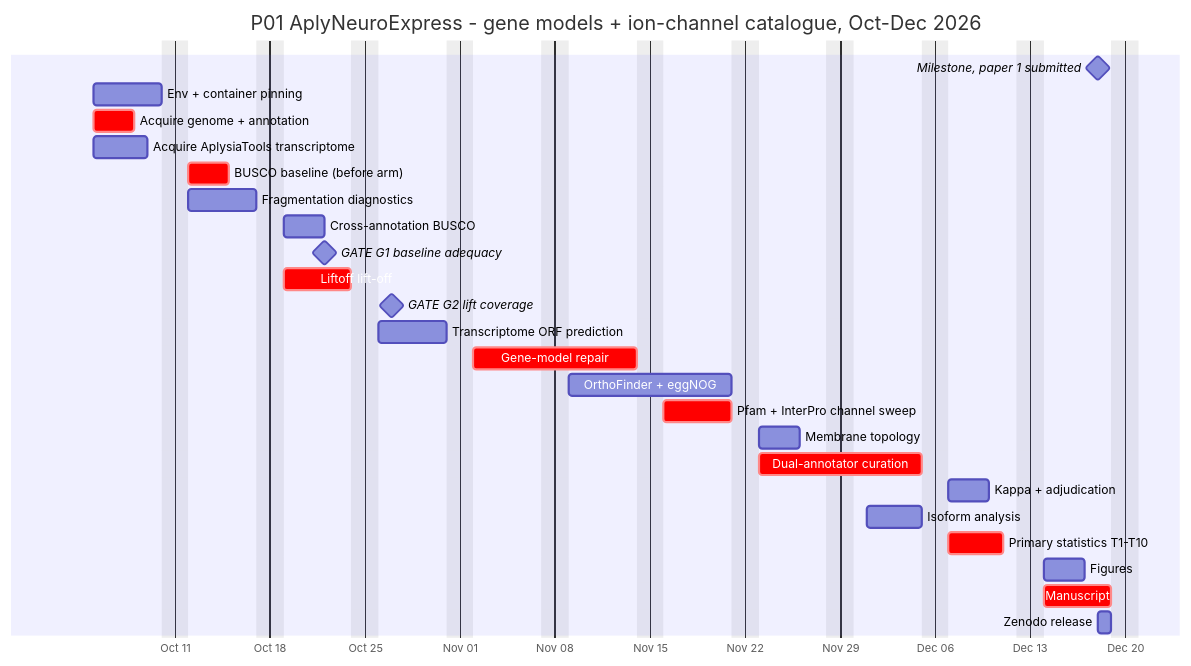
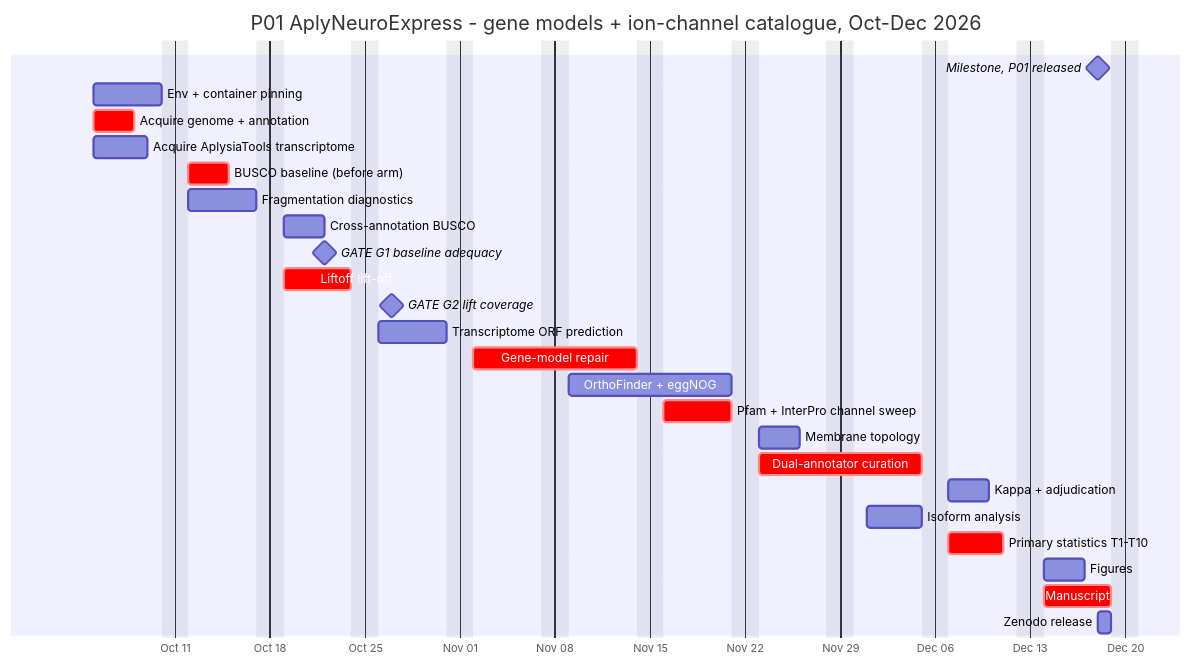
One commit to hwilner/aplysia-neuroexpressome changed the diagram in gantt/gantt.mmd. Above: the diagram before and after it, drawn with Mermaid. The commit also changed 9 other files, not shown here.

```diff
--- a/gantt/gantt.mmd
+++ b/gantt/gantt.mmd
@@ -1,32 +1,32 @@
 %% P01 project Gantt (repo: aplysia-neuroexpressome)
 %% Dates identical to the programme schedule (gantt/projects.csv).
 %% Gates rendered as milestones; crit marks the project-internal critical path.
 
 gantt
     title P01 AplyNeuroExpress - gene models + ion-channel catalogue, Oct-Dec 2026
     dateFormat  YYYY-MM-DD
     axisFormat  %b %d
     excludes    weekends
 
-    Milestone, paper 1 submitted            :milestone, p1s, 2026-12-18, 0d
+    Milestone, P01 released                 :milestone, p1s, 2026-12-18, 0d
     Env + container pinning                 :p01a, 2026-10-05, 5d
     Acquire genome + annotation             :crit, p01b, 2026-10-05, 3d
     Acquire AplysiaTools transcriptome      :p01c, 2026-10-05, 4d
     BUSCO baseline (before arm)             :crit, p01d, 2026-10-12, 3d
     Fragmentation diagnostics               :p01e, 2026-10-12, 5d
     Cross-annotation BUSCO                  :p01f, 2026-10-19, 3d
     GATE G1 baseline adequacy               :milestone, g1, 2026-10-22, 0d
     Liftoff lift-off                        :crit, p01g, 2026-10-19, 5d
     GATE G2 lift coverage                   :milestone, g2, 2026-10-27, 0d
     Transcriptome ORF prediction            :p01h, 2026-10-26, 5d
     Gene-model repair                       :crit, p01i, 2026-11-02, 10d
     OrthoFinder + eggNOG                    :p01j, 2026-11-09, 10d
     Pfam + InterPro channel sweep           :crit, p01k, 2026-11-16, 5d
     Membrane topology                       :p01l, 2026-11-23, 3d
     Dual-annotator curation                 :crit, p01m, 2026-11-23, 10d
     Kappa + adjudication                    :p01n, 2026-12-07, 3d
     Isoform analysis                        :p01o, 2026-12-01, 4d
     Primary statistics T1-T10              :crit, p01p, 2026-12-07, 4d
     Figures                                 :p01q, 2026-12-14, 3d
     Manuscript                              :crit, p01r, 2026-12-14, 5d
     Zenodo release                          :p01s, 2026-12-18, 1d
```
